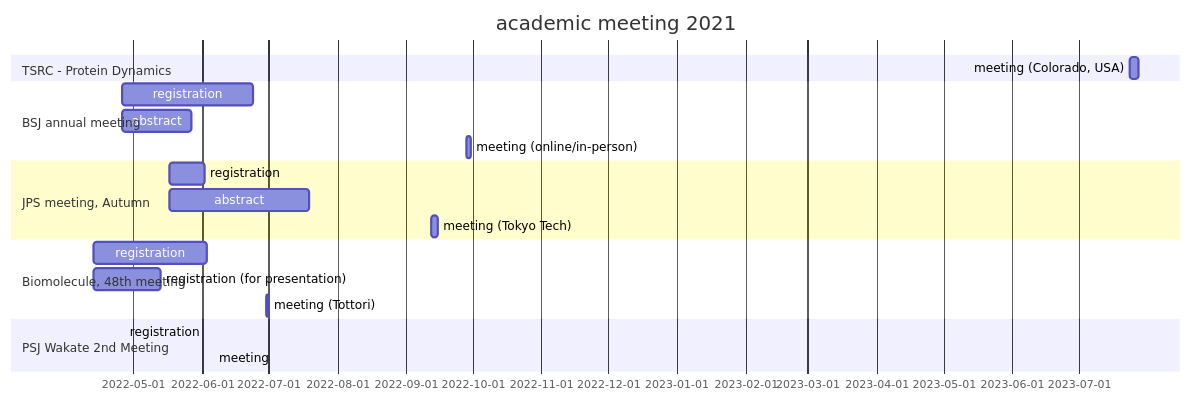
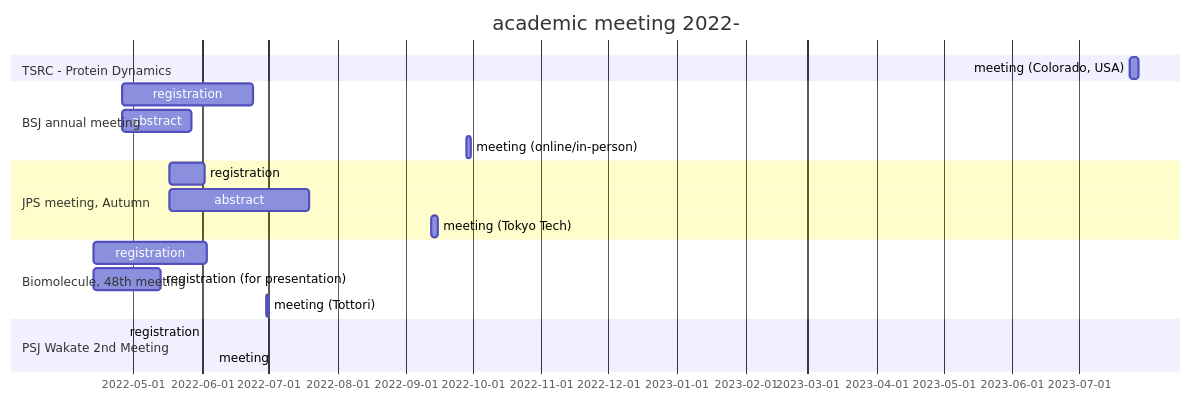
Before and after one commit to yamato97/science: the diagram in Schedule.md, drawn with Mermaid.

Commit message:
schedule updated

````diff
--- a/Schedule.md
+++ b/Schedule.md
@@ -17,27 +17,27 @@
 ```mermaid
 gantt
     dateFormat  YYYY-MM-DD
-    title academic meeting 2021
+    title academic meeting 2022-
 
     section TSRC - Protein Dynamics
     meeting (Colorado, USA)    : des1, 2023-07-24, 2023-07-28
         
     section BSJ annual meeting
     registration      : des1, 2022-04-26, 2022-06-24
     abstract          : des2, 2022-04-26, 2022-05-27
     meeting (online/in-person)  : des3, 2022-09-28, 2022-09-30
   
     section JPS meeting, Autumn
     registration	:    des1, 2022-05-17, 2022-06-02
     abstract	        :   des2, 2022-05-17, 2022-07-19
     meeting (Tokyo Tech) :	des3, 2022-09-12, 2022-09-15
 
     section Biomolecule, 48th meeting
     registration        : des1, 2022-04-13, 2022-06-03
     registration (for presentation) : des2, 2022-04-13, 2022-05-13
     meeting (Tottori)    : des3, 2022-06-30, 2022-07-01
 
     section PSJ Wakate 2nd Meeting
     registration        : des1, 2022-04-27, 1day
     meeting             : des2, 2022-06-06, 1day
 ```
````
